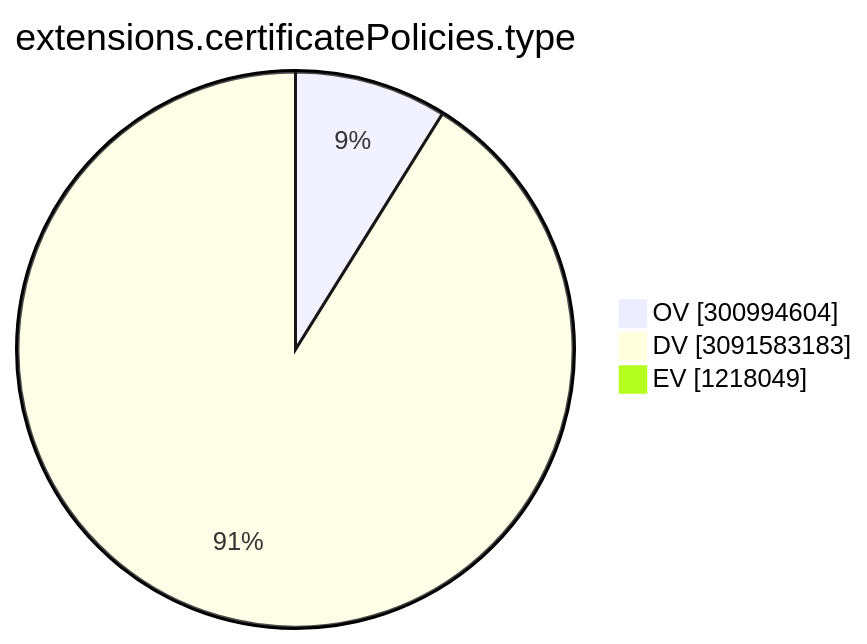
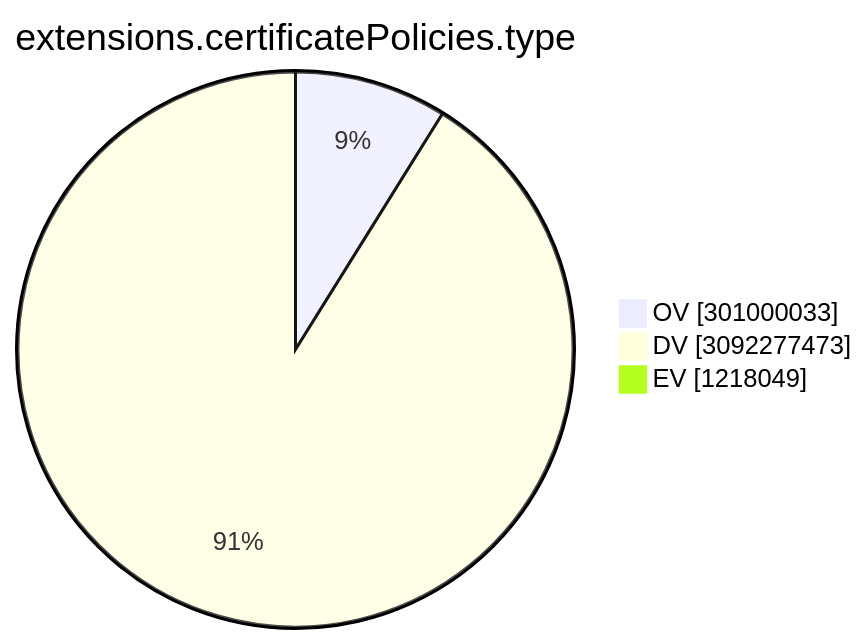
The ninth of 15 diagrams in TOTAL/README.md (christiankrug/ctmonitor_visualization), drawn with Mermaid before and after one commit. The commit also changed other lines of this file, not shown here.

````diff
--- a/TOTAL/README.md
+++ b/TOTAL/README.md
@@ -3103,7 +3103,7 @@
 ```mermaid
 pie showData
 title extensions.certificatePolicies.type
-"OV" :300994604
-"DV" :3091583183
+"OV" :301000033
+"DV" :3092277473
 "EV" :1218049
 ```
````
